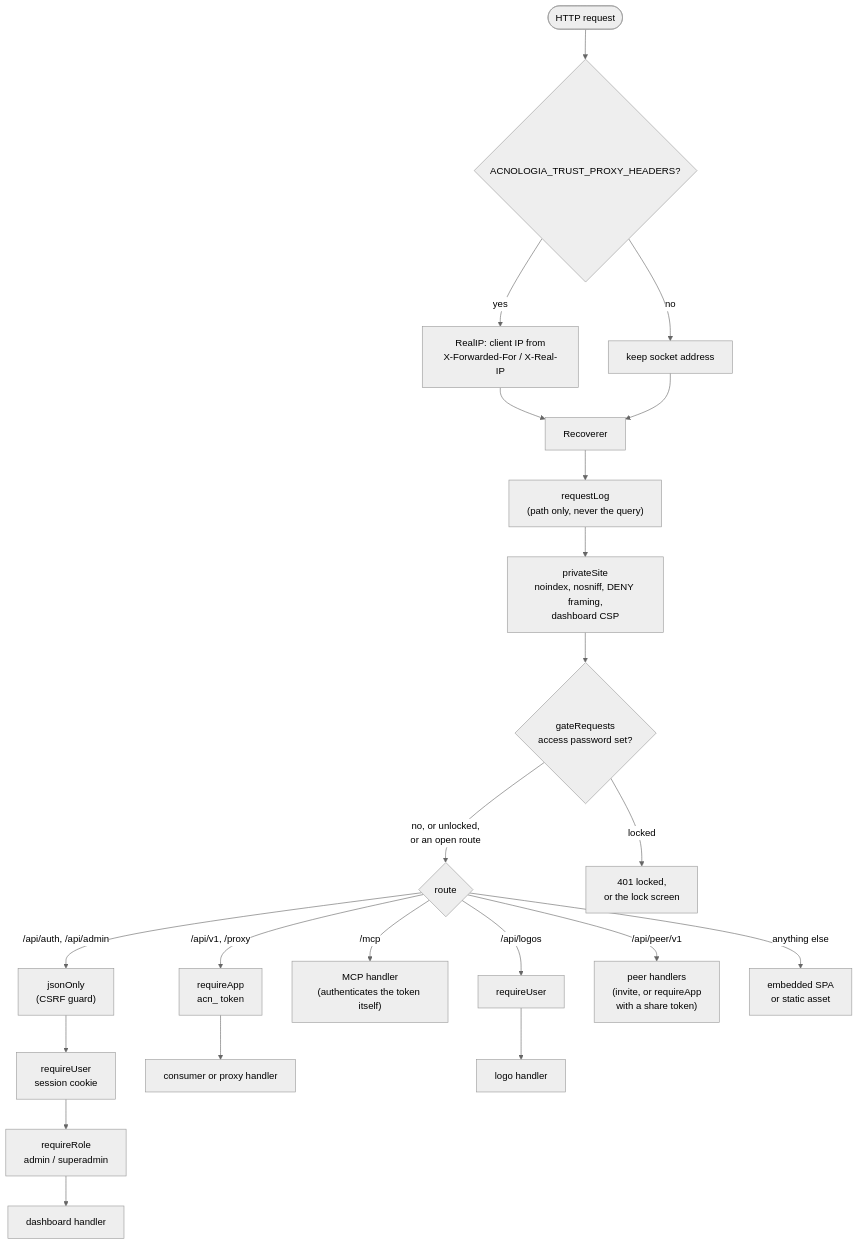
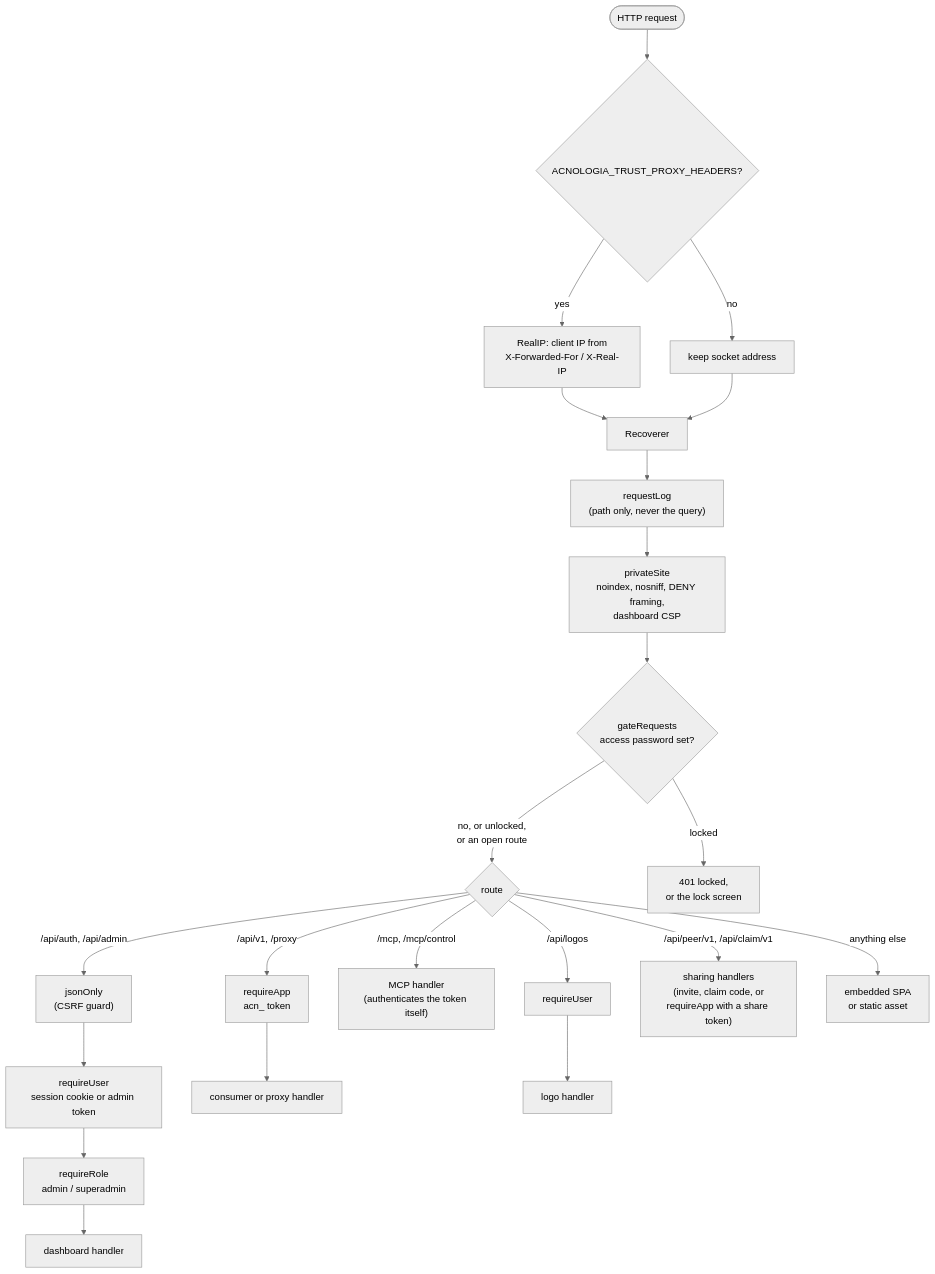
One commit to sidharthpunathil/acnologia changed the second of 6 diagrams in docs/architecture.md. Above: the diagram before and after it, drawn with Mermaid (neutral theme). The commit also changed other lines of this file and 34 other files, not shown here.

````diff
--- a/docs/architecture.md
+++ b/docs/architecture.md
@@ -103,23 +130,23 @@
 ```mermaid
 flowchart TD
     Req([HTTP request]) --> RealIP{"ACNOLOGIA_TRUST_PROXY_HEADERS?"}
     RealIP -->|yes| SetIP["RealIP: client IP from<br/>X-Forwarded-For / X-Real-IP"]
     RealIP -->|no| Keep["keep socket address"]
     SetIP --> Rec[Recoverer]
     Keep --> Rec
     Rec --> Log["requestLog<br/>(path only, never the query)"]
     Log --> Priv["privateSite<br/>noindex, nosniff, DENY framing,<br/>dashboard CSP"]
     Priv --> GateMW{"gateRequests<br/>access password set?"}
     GateMW -->|"no, or unlocked,<br/>or an open route"| Route{route}
     GateMW -->|locked| Locked["401 locked,<br/>or the lock screen"]
     Route -->|/api/auth, /api/admin| JSON["jsonOnly<br/>(CSRF guard)"]
-    JSON --> User["requireUser<br/>session cookie"]
+    JSON --> User["requireUser<br/>session cookie or admin token"]
     User --> Role["requireRole<br/>admin / superadmin"]
     Role --> H1[dashboard handler]
     Route -->|/api/v1, /proxy| App["requireApp<br/>acn_ token"]
     App --> H2[consumer or proxy handler]
-    Route -->|/mcp| H3["MCP handler<br/>(authenticates the token itself)"]
+    Route -->|"/mcp, /mcp/control"| H3["MCP handler<br/>(authenticates the token itself)"]
     Route -->|/api/logos| User2[requireUser] --> H4[logo handler]
-    Route -->|"/api/peer/v1"| H5["peer handlers<br/>(invite, or requireApp<br/>with a share token)"]
+    Route -->|"/api/peer/v1, /api/claim/v1"| H5["sharing handlers<br/>(invite, claim code, or<br/>requireApp with a share token)"]
     Route -->|anything else| SPA["embedded SPA<br/>or static asset"]
 ```
````
